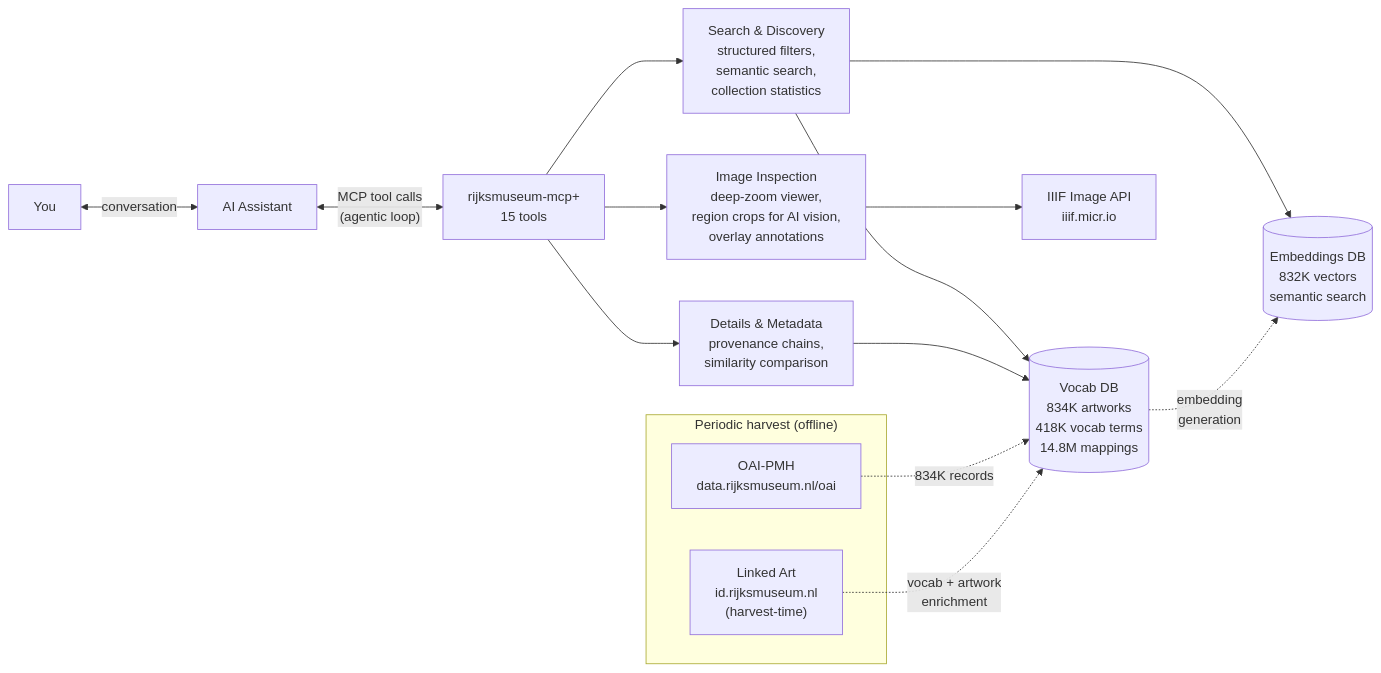
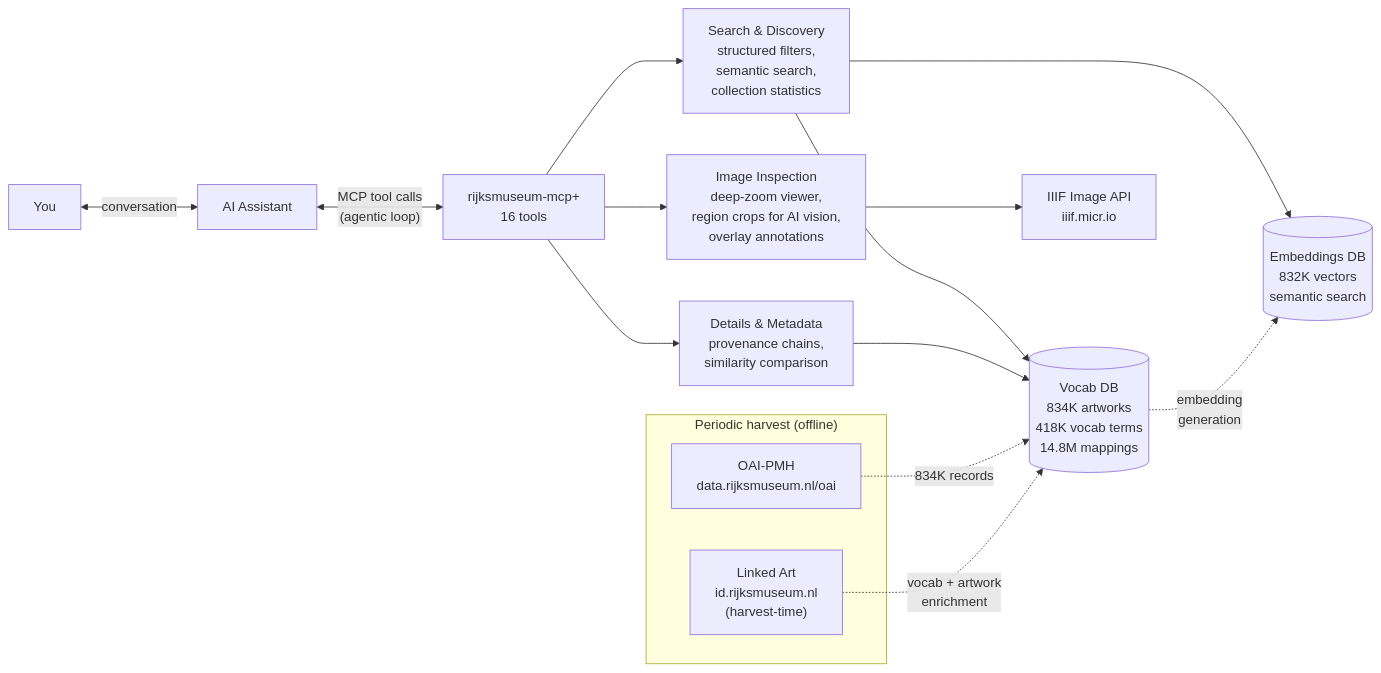
The diagram in README.md (kintopp/rijksmuseum-mcp-plus), drawn with Mermaid before and after one commit. The commit also changed other lines of this file and 13 other files, not shown here.

````diff
--- a/README.md
+++ b/README.md
@@ -116,46 +116,46 @@
 ```mermaid
 flowchart LR
     User["You"] <-->|conversation| AI["AI Assistant"]
 
     AI <-->|"MCP tool calls
     (agentic loop)"| Server["rijksmuseum-mcp+
-    15 tools"]
+    16 tools"]
 
     Server --> Search["Search & Discovery
     structured filters,
     semantic search,
     collection statistics"]
 
     Server --> Details["Details & Metadata
     provenance chains,
     similarity comparison"]
 
     Server --> Images["Image Inspection
     deep-zoom viewer,
     region crops for AI vision,
     overlay annotations"]
 
     Search --> VocabDB[("Vocab DB
     834K artworks
     418K vocab terms
     14.8M mappings")]
     Search --> EmbeddingsDB[("Embeddings DB
     832K vectors
     semantic search")]
     Details --> VocabDB
     Images --> IIIF["IIIF Image API
     iiif.micr.io"]
 
     subgraph Harvest ["Periodic harvest (offline)"]
         OAI["OAI-PMH
         data.rijksmuseum.nl/oai"]
         LA["Linked Art
         id.rijksmuseum.nl
         (harvest-time)"]
     end
     OAI -.->|"834K records"| VocabDB
     LA -.->|"vocab + artwork
     enrichment"| VocabDB
     VocabDB -.->|"embedding
     generation"| EmbeddingsDB
 ```
````
